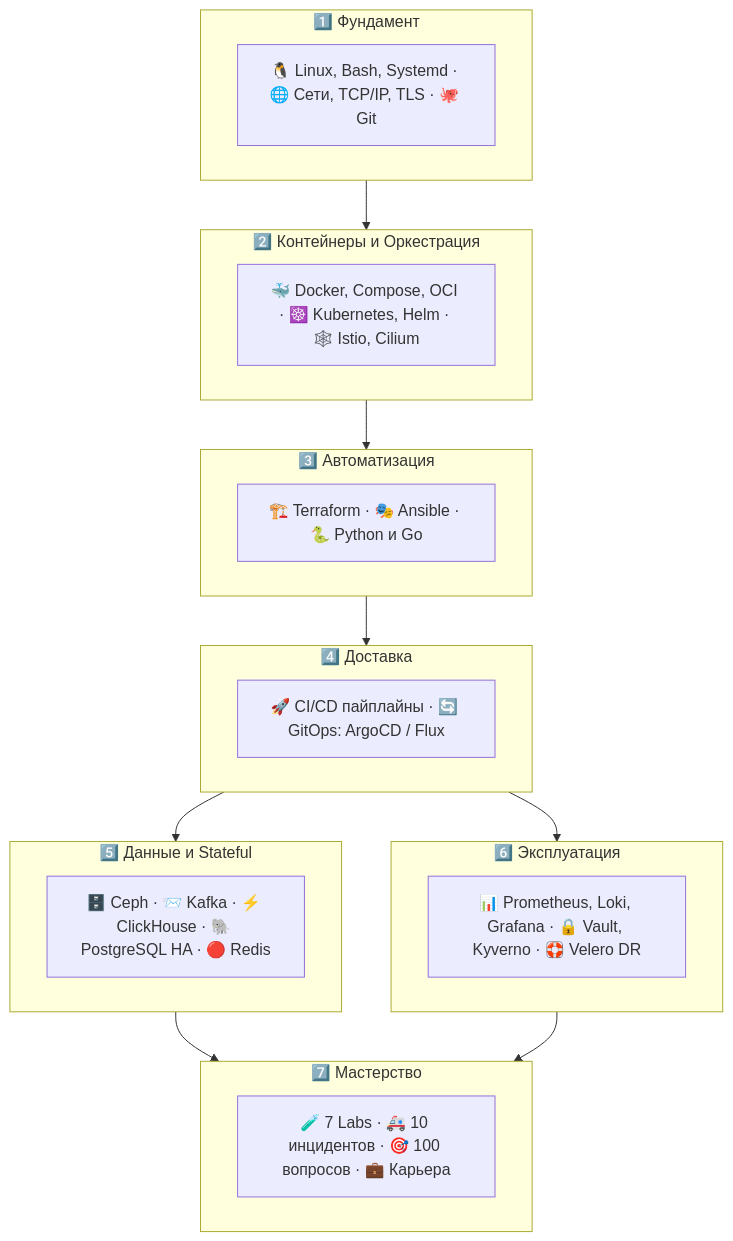
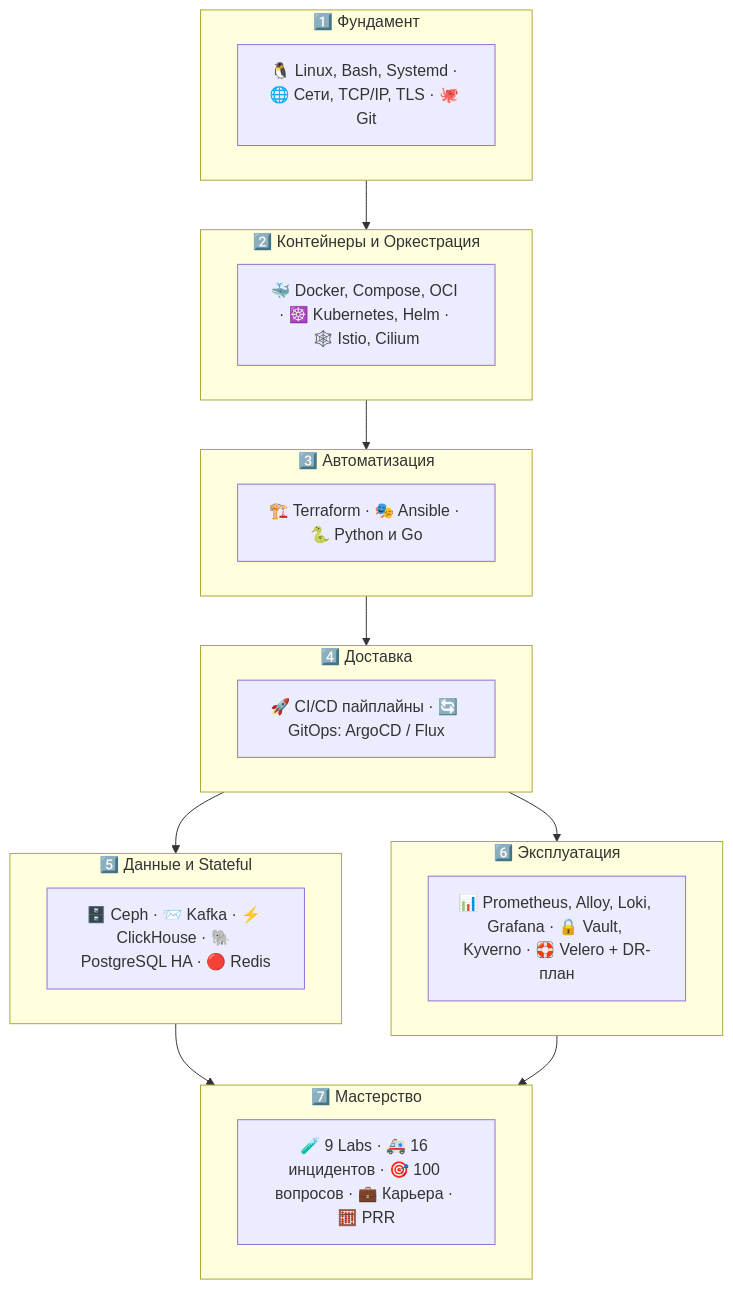
One commit to alisaalisaalisaalisas/doka changed the diagram in docs/index.md. Above: the diagram before and after it, drawn with Mermaid. The commit also changed other lines of this file and 244 other files, not shown here.

````diff
--- a/docs/index.md
+++ b/docs/index.md
@@ -11,32 +11,32 @@
 ```mermaid
 flowchart TD
     subgraph S1["1️⃣ Фундамент"]
         A1["🐧 Linux, Bash, Systemd · 🌐 Сети, TCP/IP, TLS · 🐙 Git"]
     end
     subgraph S2["2️⃣ Контейнеры и Оркестрация"]
         B1["🐳 Docker, Compose, OCI · ☸️ Kubernetes, Helm · 🕸️ Istio, Cilium"]
     end
     subgraph S3["3️⃣ Автоматизация"]
         C1["🏗️ Terraform · 🎭 Ansible · 🐍 Python и Go"]
     end
     subgraph S4["4️⃣ Доставка"]
         D1["🚀 CI/CD пайплайны · 🔄 GitOps: ArgoCD / Flux"]
     end
     subgraph S5["5️⃣ Данные и Stateful"]
         E1["🗄️ Ceph · 📨 Kafka · ⚡ ClickHouse · 🐘 PostgreSQL HA · 🔴 Redis"]
     end
     subgraph S6["6️⃣ Эксплуатация"]
-        F1["📊 Prometheus, Loki, Grafana · 🔒 Vault, Kyverno · 🛟 Velero DR"]
+        F1["📊 Prometheus, Alloy, Loki, Grafana · 🔒 Vault, Kyverno · 🛟 Velero + DR-план"]
     end
     subgraph S7["7️⃣ Мастерство"]
-        G1["🧪 7 Labs · 🚑 10 инцидентов · 🎯 100 вопросов · 💼 Карьера"]
+        G1["🧪 9 Labs · 🚑 16 инцидентов · 🎯 100 вопросов · 💼 Карьера · 🧮 PRR"]
     end
 
     S1 --> S2
     S2 --> S3
     S3 --> S4
     S4 --> S5
     S4 --> S6
     S5 --> S7
     S6 --> S7
 ```
````
